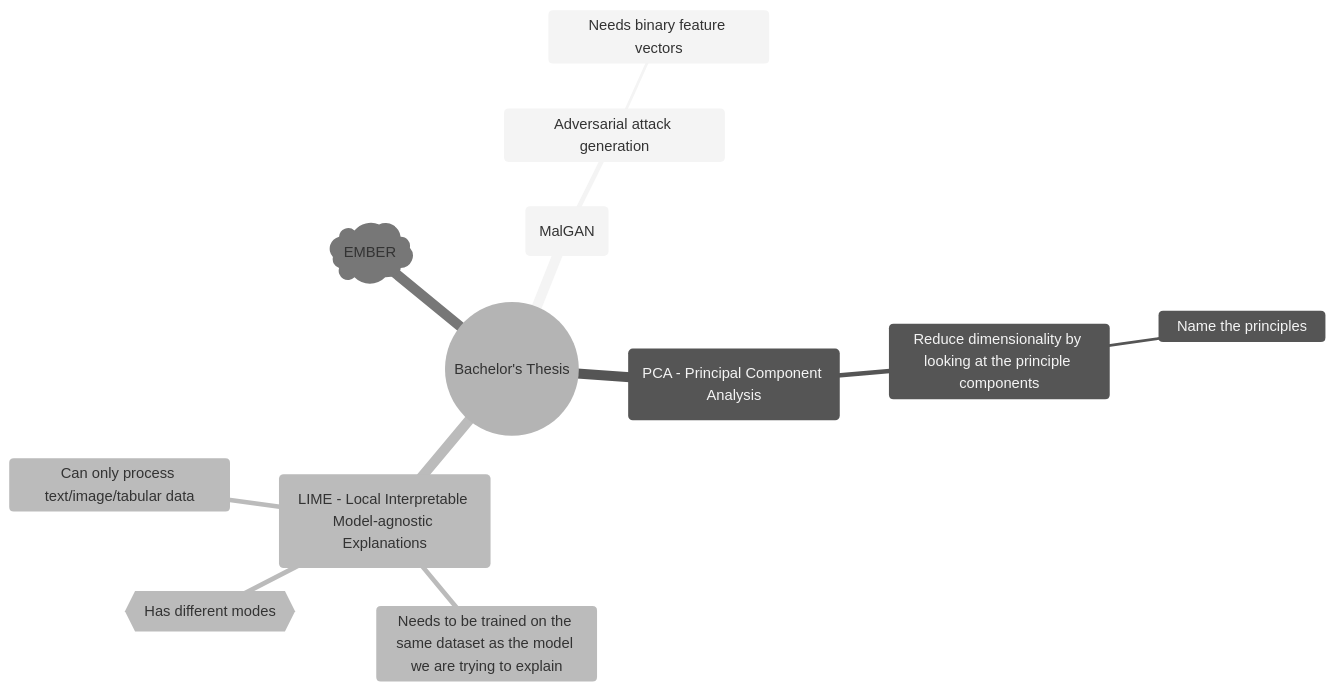
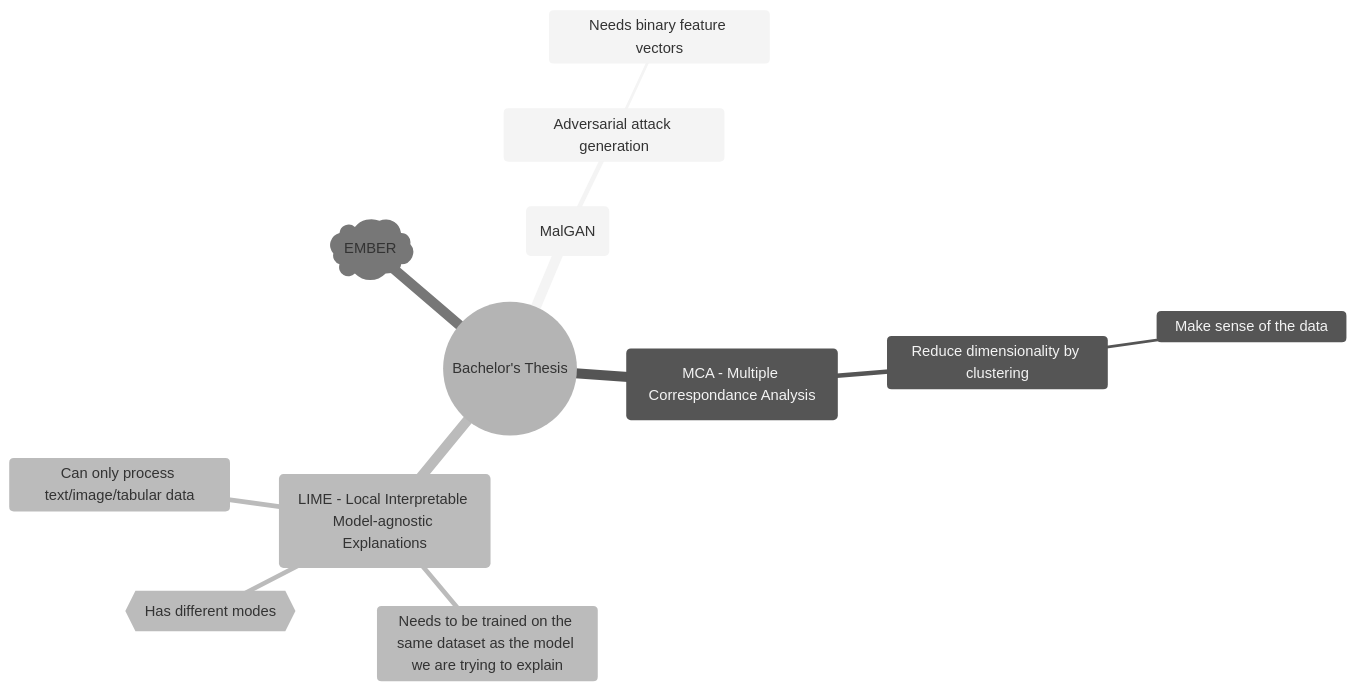
Before and after one commit to onlyidev/bachelor: the diagram in README.md, drawn with Mermaid (neutral theme). The commit also changed other lines of this file, not shown here.

````diff
--- a/README.md
+++ b/README.md
@@ -10,15 +13,15 @@
 ```mermaid
 mindmap
   root((Bachelor's Thesis))
     (MalGAN)
         Adversarial attack generation
             Needs binary feature vectors
-    (PCA - Principal Component Analysis)
-        Reduce dimensionality by looking at the principle components
-            Name the principles
+    (MCA - Multiple Correspondance Analysis)
+        Reduce dimensionality by clustering
+            Make sense of the data
     (LIME - Local Interpretable Model-agnostic Explanations)
         Can only process text/image/tabular data
         Needs to be trained on the same dataset as the model we are trying to explain
         {{Has different modes}}
     ember)EMBER(
 ```
````
